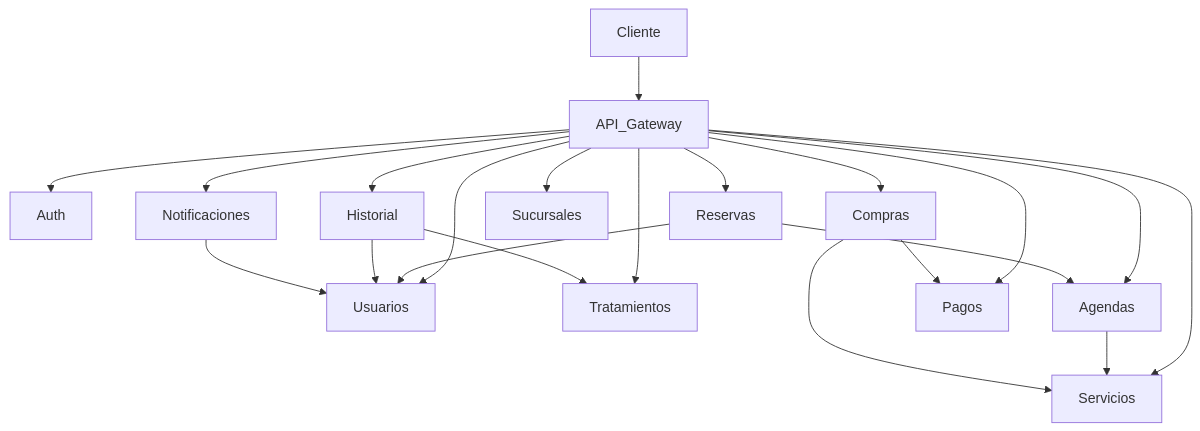
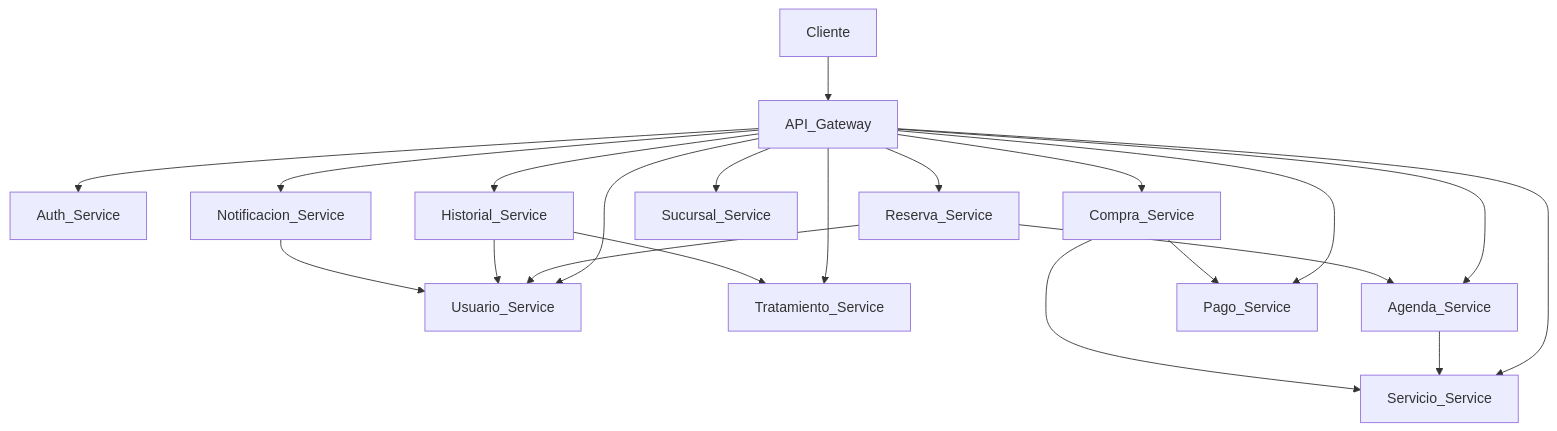
The diagram in README.md (uamau20k/Cigna), drawn with Mermaid before and after one commit. The commit also changed other lines of this file, not shown here.

````diff
--- a/README.md
+++ b/README.md
@@ -38,30 +39,30 @@
 ```mermaid
 graph TD
 
 Cliente --> API_Gateway
 
-API_Gateway --> Auth
-API_Gateway --> Usuarios
-API_Gateway --> Servicios
-API_Gateway --> Tratamientos
-API_Gateway --> Agendas
-API_Gateway --> Reservas
-API_Gateway --> Compras
-API_Gateway --> Pagos
-API_Gateway --> Historial
-API_Gateway --> Sucursales
-API_Gateway --> Notificaciones
+API_Gateway --> Auth_Service
+API_Gateway --> Usuario_Service
+API_Gateway --> Servicio_Service
+API_Gateway --> Tratamiento_Service
+API_Gateway --> Agenda_Service
+API_Gateway --> Reserva_Service
+API_Gateway --> Compra_Service
+API_Gateway --> Pago_Service
+API_Gateway --> Historial_Service
+API_Gateway --> Sucursal_Service
+API_Gateway --> Notificacion_Service
 
-Reservas --> Usuarios
-Reservas --> Agendas
+Agenda_Service --> Servicio_Service
 
-Agendas --> Servicios
+Reserva_Service --> Usuario_Service
+Reserva_Service --> Agenda_Service
 
-Compras --> Pagos
-Compras --> Servicios
+Compra_Service --> Pago_Service
+Compra_Service --> Servicio_Service
 
-Historial --> Usuarios
-Historial --> Tratamientos
+Historial_Service --> Usuario_Service
+Historial_Service --> Tratamiento_Service
 
-Notificaciones --> Usuarios
+Notificacion_Service --> Usuario_Service
 ```
````
